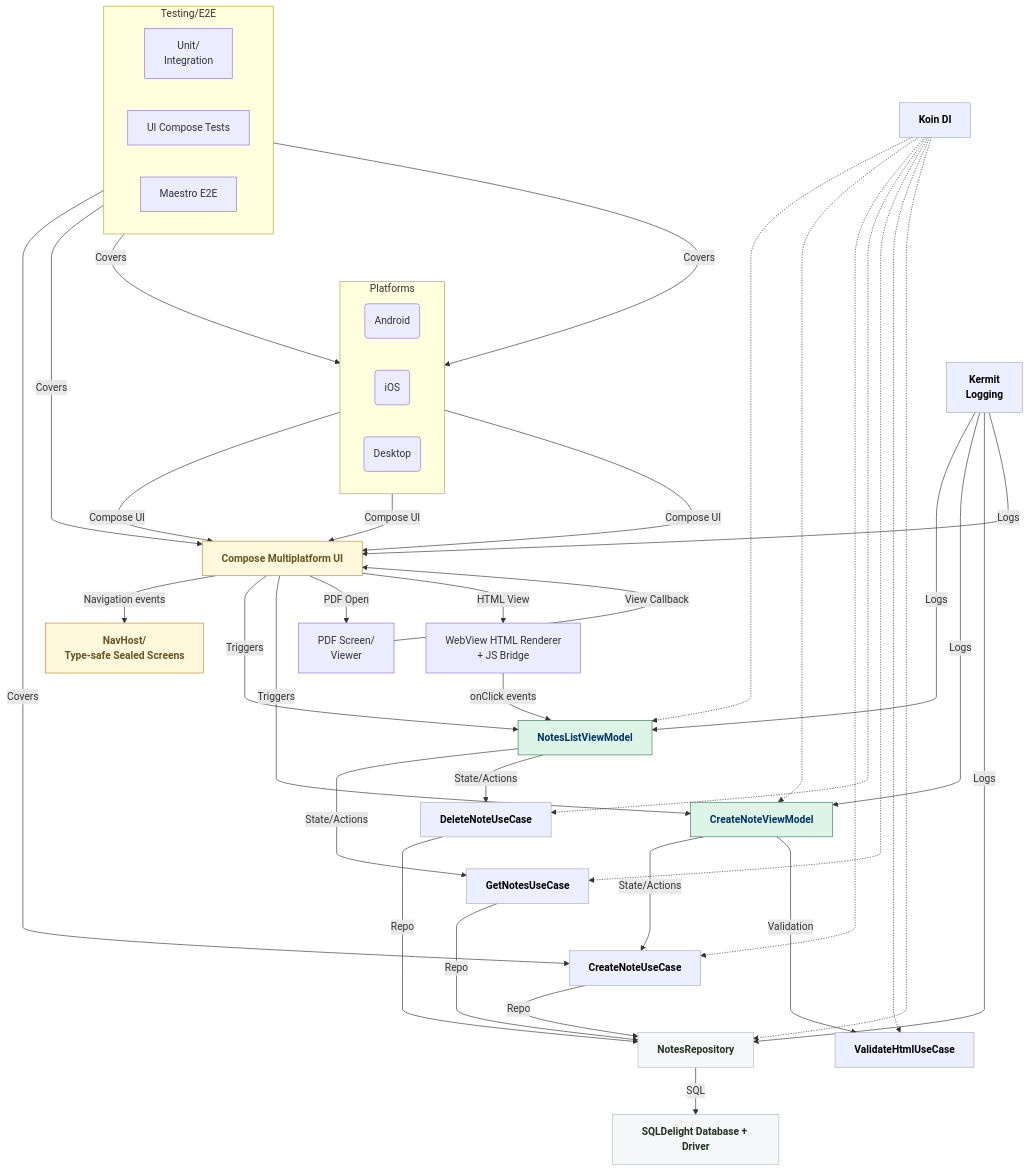
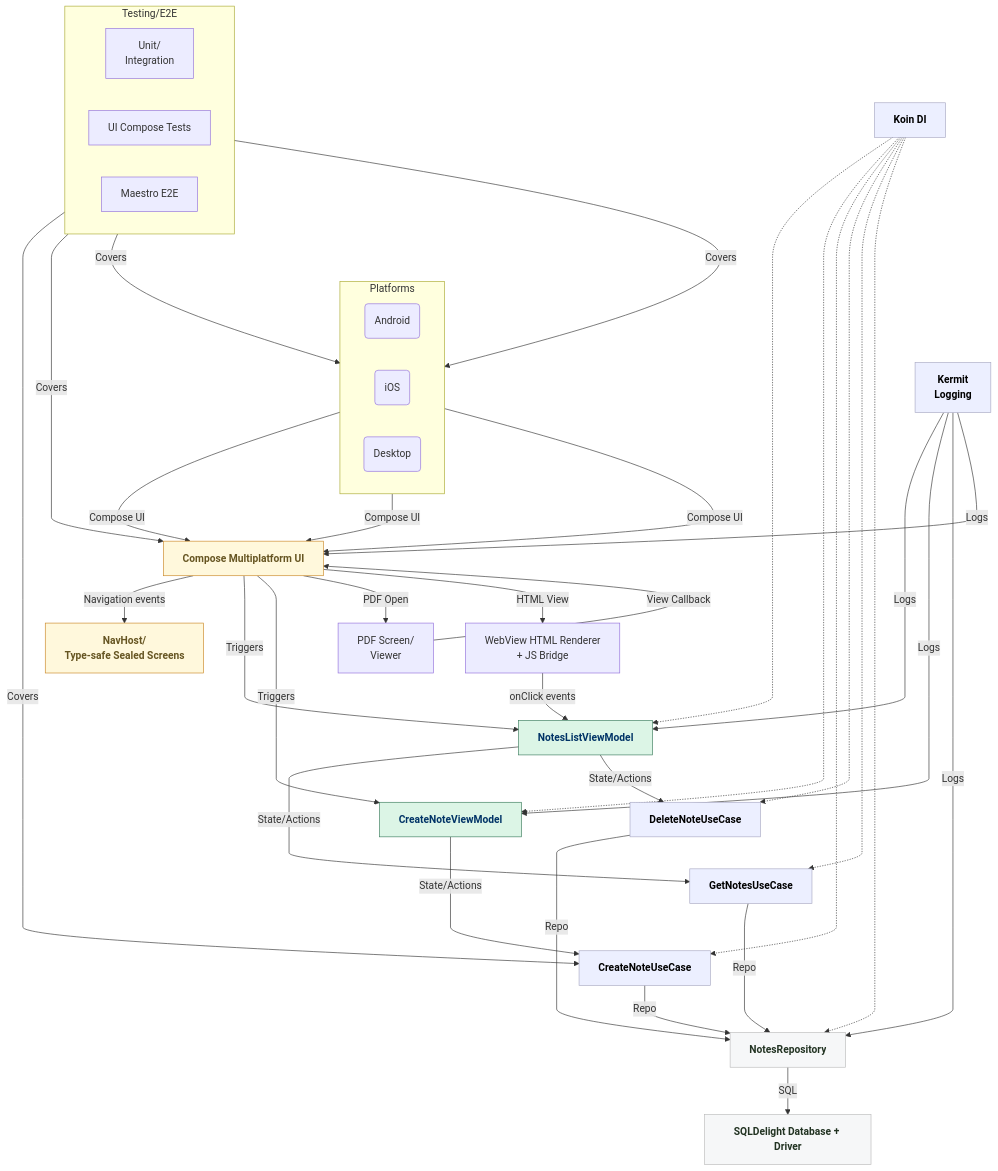
Before and after one commit to aryapreetam/notes-app: the diagram in README.MD, drawn with Mermaid.

Commit message:
remove validateHtml use case from README to reflect code change

````diff
--- a/README.MD
+++ b/README.MD
@@ -72,7 +72,6 @@
     UC1["CreateNoteUseCase"]:::service
     UC2["DeleteNoteUseCase"]:::service
     UC3["GetNotesUseCase"]:::service
-    UC4["ValidateHtmlUseCase"]:::service
 
     %%--- LAYER: Repository+Database ---
     REPO["NotesRepository"]:::data
@@ -98,7 +97,6 @@
     VM1-->|"State/Actions"|UC3
     VM1-->|"State/Actions"|UC2
     VM2-->|"State/Actions"|UC1
-    VM2-->|"Validation"|UC4
 
     %%--- UseCases to Repo ---
     UC1-->|"Repo"|REPO
@@ -114,7 +112,6 @@
     KOIN-.->UC1
     KOIN-.->UC2
     KOIN-.->UC3
-    KOIN-.->UC4
     KOIN-.->REPO
 
     %%--- Logging connections ---
@@ -129,7 +126,7 @@
 
     %%--- Invisible links for alignment ---
     VM1 ~~~ VM2
-    UC2 ~~~ UC3 ~~~ UC1 ~~~ UC4
+    UC2 ~~~ UC3 ~~~ UC1
 
     %%--- Node Groups by class ---
     classDef service fill:#ECEFFF,stroke:#a9a9c3,color:#000,font-weight:bold;
@@ -164,5 +161,4 @@
     UC1:::service
     UC2:::service
     UC3:::service
-    UC4:::service
 ```
````
